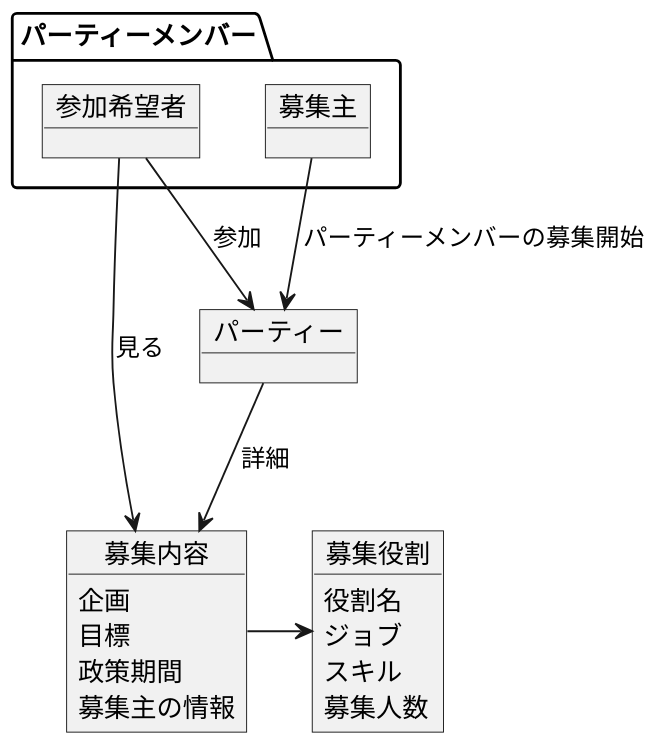
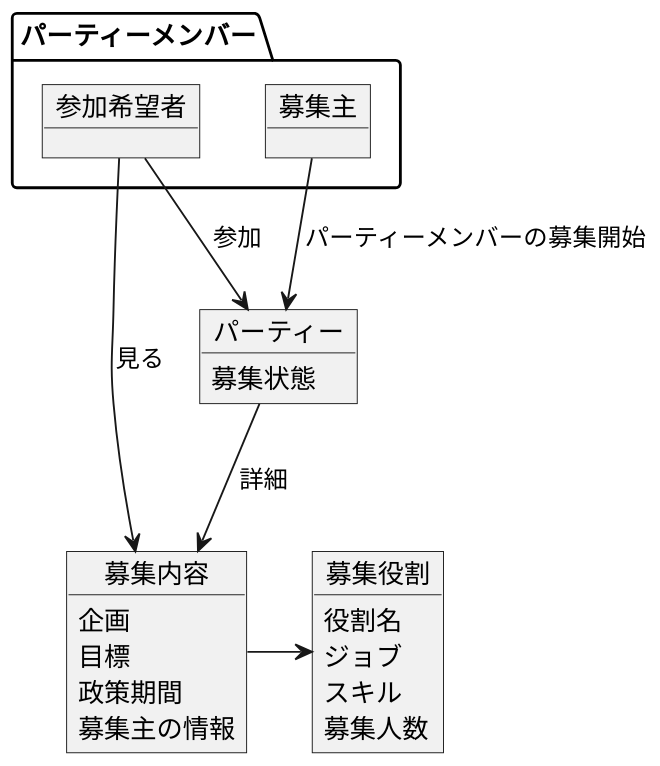
Before and after one commit to 44x1carbon/oic-rpg-doc: the first of 2 diagrams in design/overview.puml.md, drawn with PlantUML.

Commit message:
修正

````diff
--- a/design/overview.puml.md
+++ b/design/overview.puml.md
@@ -5,30 +5,32 @@
 ```uml
 @startuml
 scale 1.5
 
 object 募集内容 {
     企画
     目標
     政策期間
     募集主の情報
 }
 object 募集役割 {
     役割名
     ジョブ
     スキル
     募集人数
 }
 package パーティーメンバー {
     object 参加希望者
     object 募集主
 }
-object パーティー
+object パーティー {
+    募集状態
+}
 
 参加希望者 -do-> 募集内容: 見る
 参加希望者 --> パーティー: 参加
 募集主 --> パーティー: パーティーメンバーの募集開始
 パーティー --> 募集内容: 詳細
 募集内容 -> 募集役割
 
 @enduml
 ```
````
